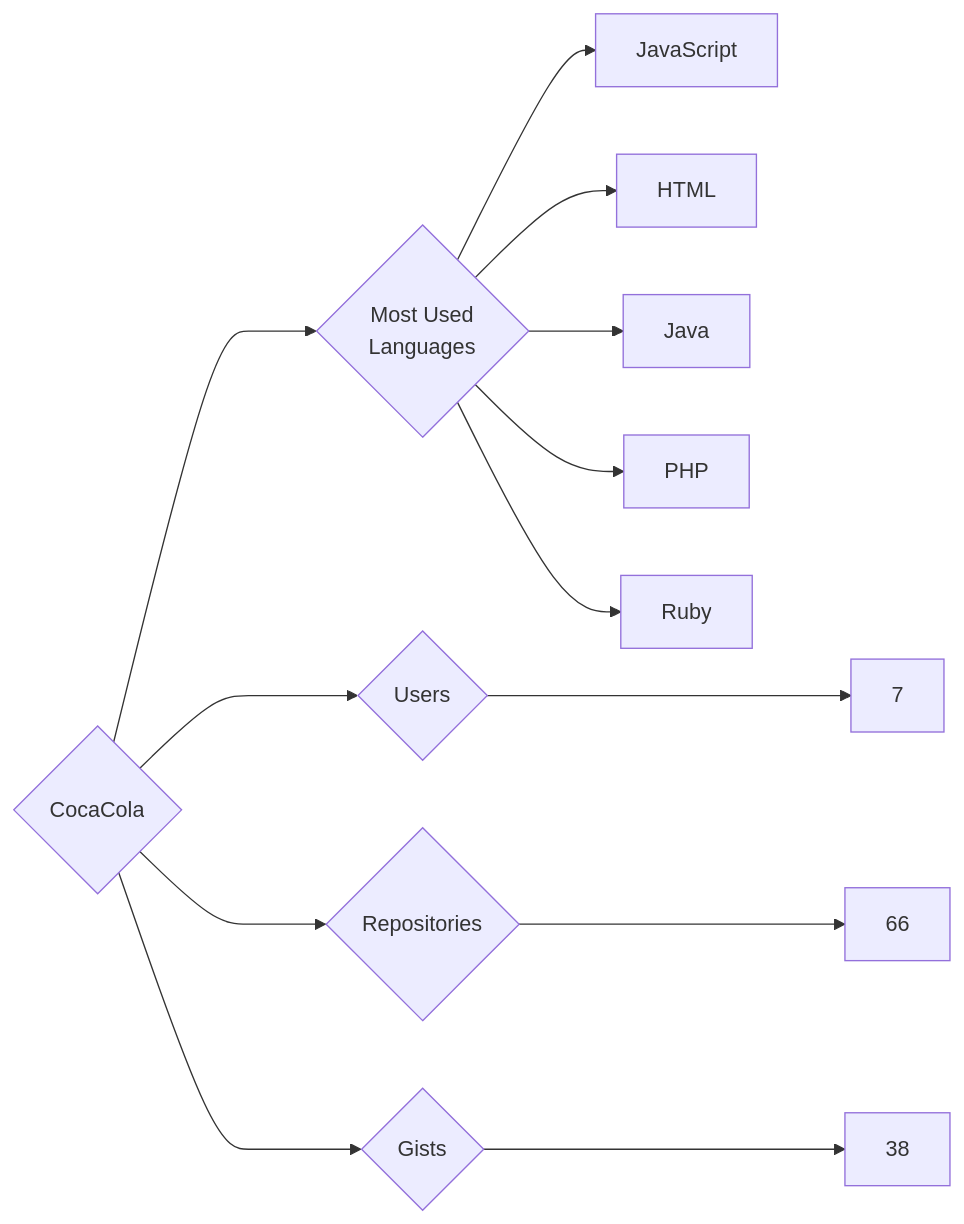
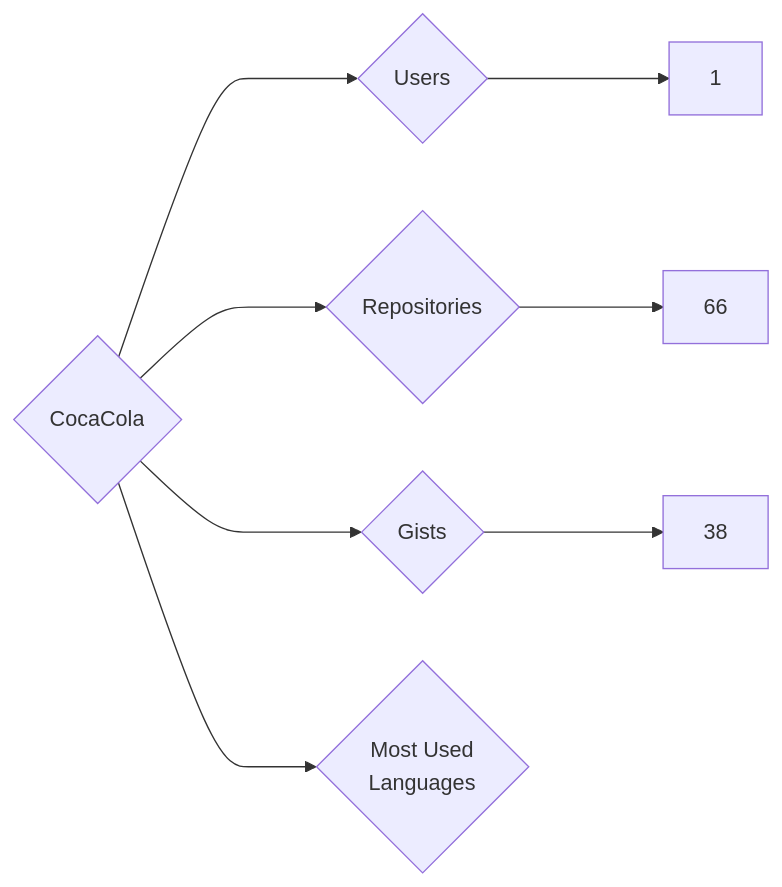
Before and after one commit to trickest/insiders: the diagram in targets/CocaCola/README.md, drawn with Mermaid. The commit also changed 715 other files, not shown here.

````diff
--- a/targets/CocaCola/README.md
+++ b/targets/CocaCola/README.md
@@ -3,13 +3,8 @@
 ```mermaid
 graph LR
 COMPANY_NAME{CocaCola}
-COMPANY_NAME ---> U{Users} ---> UN[7]
+COMPANY_NAME ---> U{Users} ---> UN[1]
 COMPANY_NAME ---> R{Repositories} ---> RN[66]
 COMPANY_NAME ---> G{Gists} ---> GN[38]
 COMPANY_NAME ---> ML{Most Used<br>Languages}
-ML --> JavaScript[JavaScript]
-ML --> HTML[HTML]
-ML --> Java[Java]
-ML --> PHP[PHP]
-ML --> Ruby[Ruby]
 ```
````
